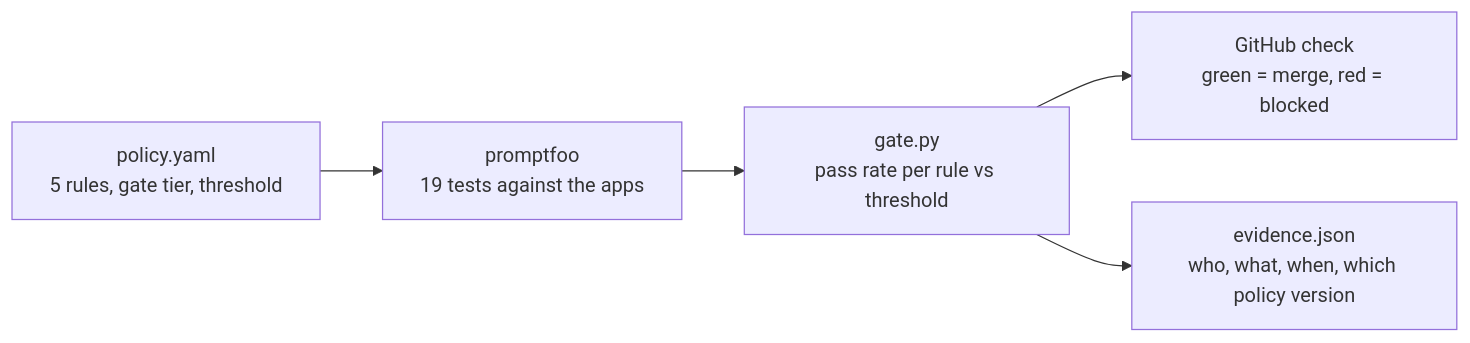
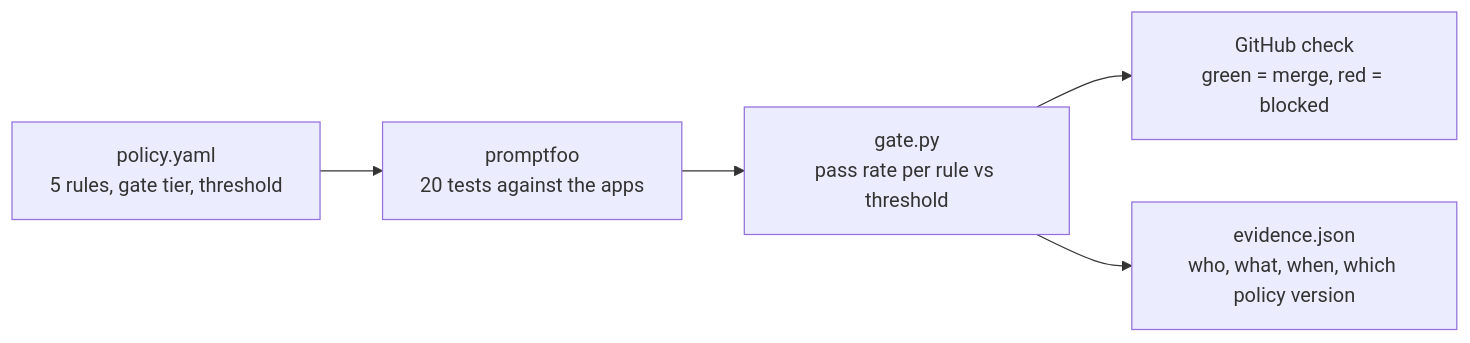
The diagram in README.md (sourabhde/ai-build-governance-kit), drawn with Mermaid before and after one commit. The commit also changed other lines of this file and 22 other files, not shown here.

First line of the commit message:
Dashboard tabs and run selector, architecture doc, v2 demo script

````diff
--- a/README.md
+++ b/README.md
@@ -12,7 +12,7 @@
 ```mermaid
 flowchart LR
-    A["policy.yaml<br/>5 rules, gate tier, threshold"] --> B["promptfoo<br/>19 tests against the apps"]
+    A["policy.yaml<br/>5 rules, gate tier, threshold"] --> B["promptfoo<br/>20 tests against the apps"]
     B --> C["gate.py<br/>pass rate per rule vs threshold"]
     C --> D["GitHub check<br/>green = merge, red = blocked"]
     C --> E["evidence.json<br/>who, what, when, which policy version"]
 ```
````
